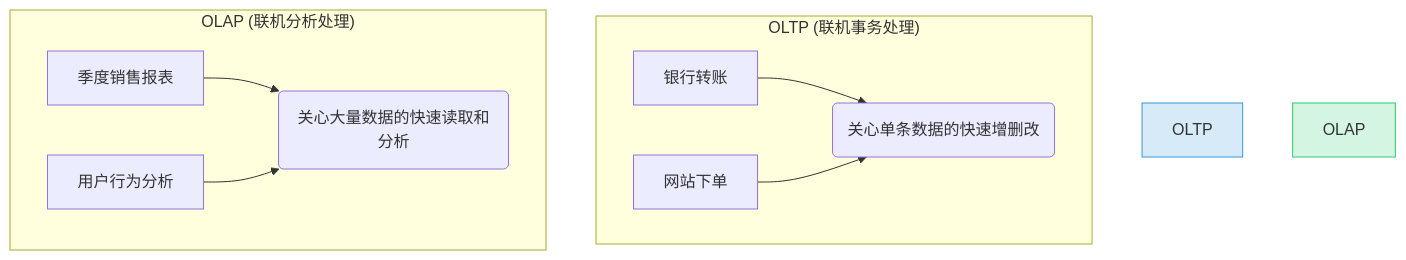
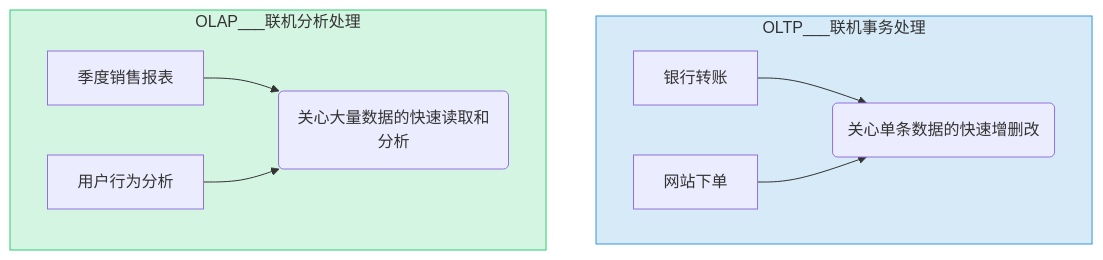
Before and after one commit to digoal/blog: the first of 6 diagrams in 202507/20250714_02.md, drawn with Mermaid. The commit also changed other lines of this file, not shown here.

````diff
--- a/202507/20250714_02.md
+++ b/202507/20250714_02.md
@@ -68,14 +68,14 @@
 ```mermaid
 graph TD
-    subgraph "OLTP (联机事务处理)"
+    subgraph "OLTP___联机事务处理"
         A[银行转账] --> B(关心单条数据的快速增删改);
         C[网站下单] --> B;
     end
-    subgraph "OLAP (联机分析处理)"
+    subgraph "OLAP___联机分析处理"
         D[季度销售报表] --> E(关心大量数据的快速读取和分析);
         F[用户行为分析] --> E;
     end
 
-    style OLTP fill:#D6EAF8,stroke:#3498DB
-    style OLAP fill:#D5F5E3,stroke:#2ECC71
+    style OLTP___联机事务处理 fill:#D6EAF8,stroke:#3498DB
+    style OLAP___联机分析处理 fill:#D5F5E3,stroke:#2ECC71
 ```
````
